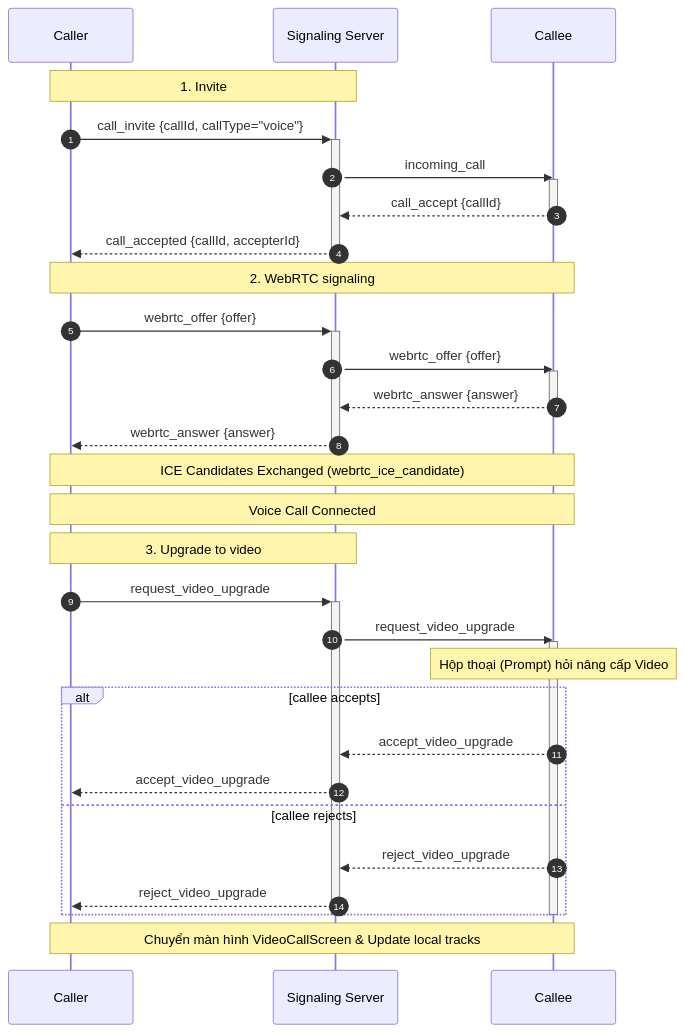
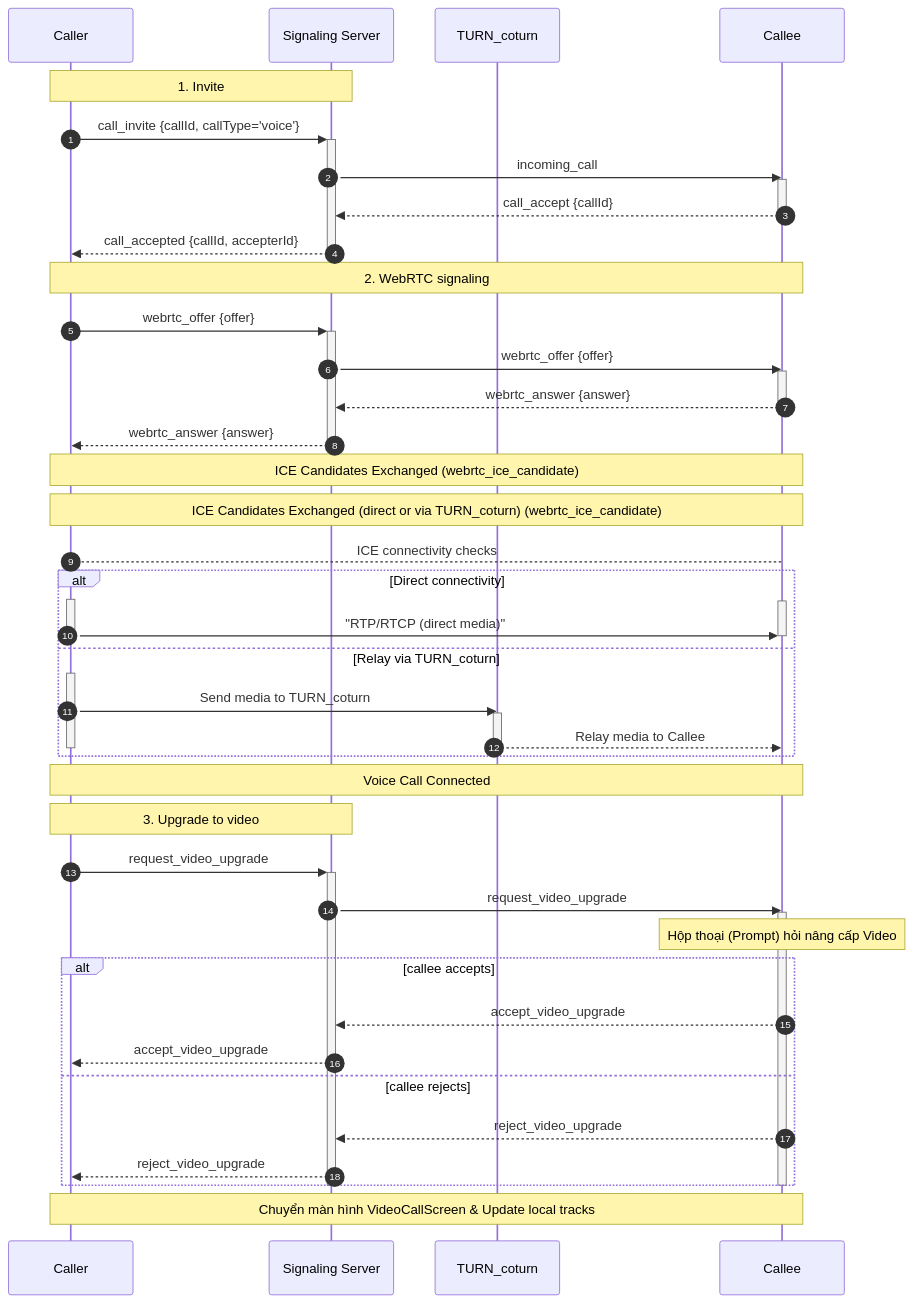
The first of 3 diagrams in docs/calls.md (dinhhoang235/Chat-App), drawn with Mermaid before and after one commit. The commit also changed other lines of this file, not shown here.

Commit message:
docs: enhance calls documentation with detailed descriptions of STUN/TURN usage and connection flows

````diff
--- a/docs/calls.md
+++ b/docs/calls.md
@@ -36,45 +37,62 @@
 ```mermaid
 sequenceDiagram
   autonumber
   participant Caller
   participant S as Signaling Server
+  participant T as TURN_coturn
   participant Callee
 
   Note over Caller,S: 1. Invite
-  Caller->>+S: call_invite {callId, callType="voice"}
+  Caller->>+S: call_invite {callId, callType='voice'}
   S->>Callee: incoming_call
   activate Callee
   Callee-->>S: call_accept {callId}
   deactivate Callee
   S-->>Caller: call_accepted {callId, accepterId}
   deactivate S
 
   Note over Caller,Callee: 2. WebRTC signaling
   Caller->>+S: webrtc_offer {offer}
   S->>Callee: webrtc_offer {offer}
   activate Callee
   Callee-->>S: webrtc_answer {answer}
   deactivate Callee
   S-->>Caller: webrtc_answer {answer}
   deactivate S
 
   Note over Caller,Callee: ICE Candidates Exchanged (webrtc_ice_candidate)
+  Note over Caller,Callee: ICE Candidates Exchanged (direct or via TURN_coturn) (webrtc_ice_candidate)
+  Caller --> Callee: ICE connectivity checks
+  alt Direct connectivity
+    activate Caller
+    activate Callee
+    Caller->>Callee: "RTP/RTCP (direct media)"
+    deactivate Callee
+    deactivate Caller
+  else Relay via TURN_coturn
+    activate Caller
+    Caller->>T: Send media to TURN_coturn
+    activate T
+    T-->>Callee: Relay media to Callee
+    deactivate T
+    deactivate Caller
+  end
   Note over Caller,Callee: Voice Call Connected
 
   Note over Caller,S: 3. Upgrade to video
   Caller->>+S: request_video_upgrade
   S->>Callee: request_video_upgrade
   activate Callee
   Note over Callee: Hộp thoại (Prompt) hỏi nâng cấp Video
   alt callee accepts
     Callee-->>S: accept_video_upgrade
     S-->>Caller: accept_video_upgrade
   else callee rejects
     Callee-->>S: reject_video_upgrade
     S-->>Caller: reject_video_upgrade
   end
   deactivate Callee
   deactivate S
 
   Note over Caller,Callee: Chuyển màn hình VideoCallScreen & Update local tracks
 ```
````
